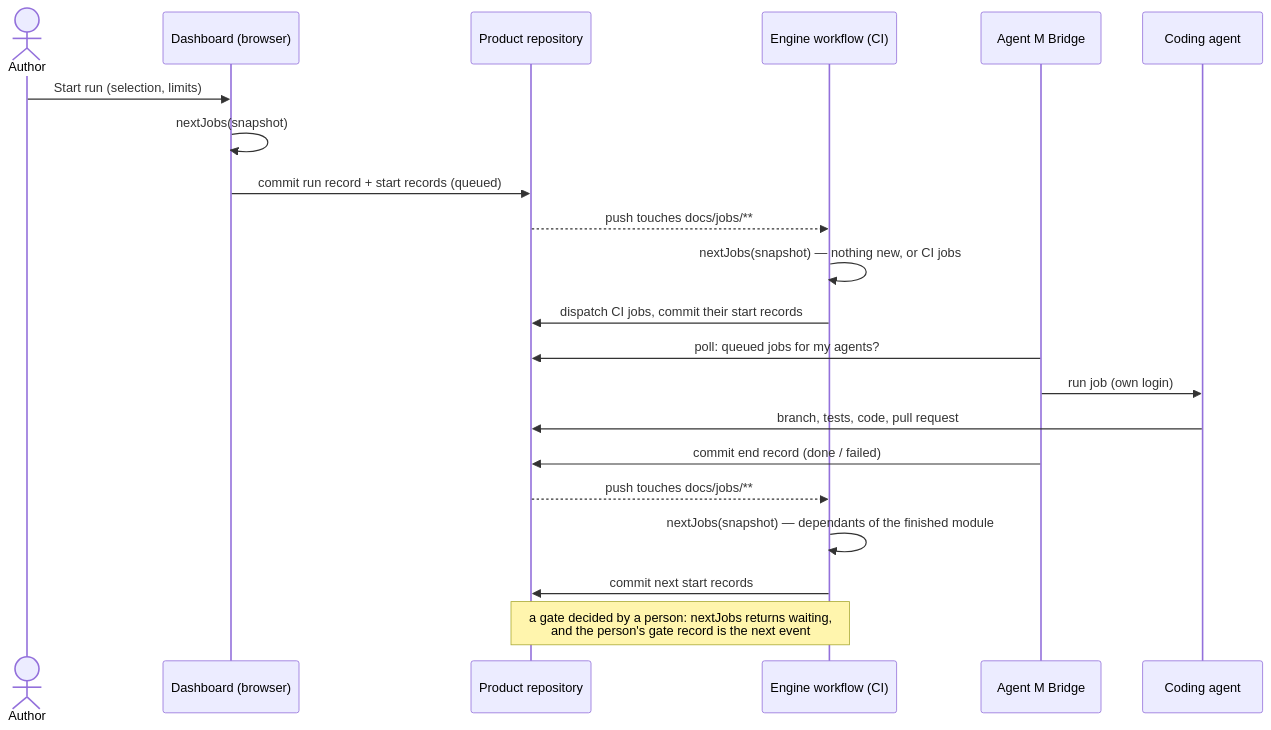
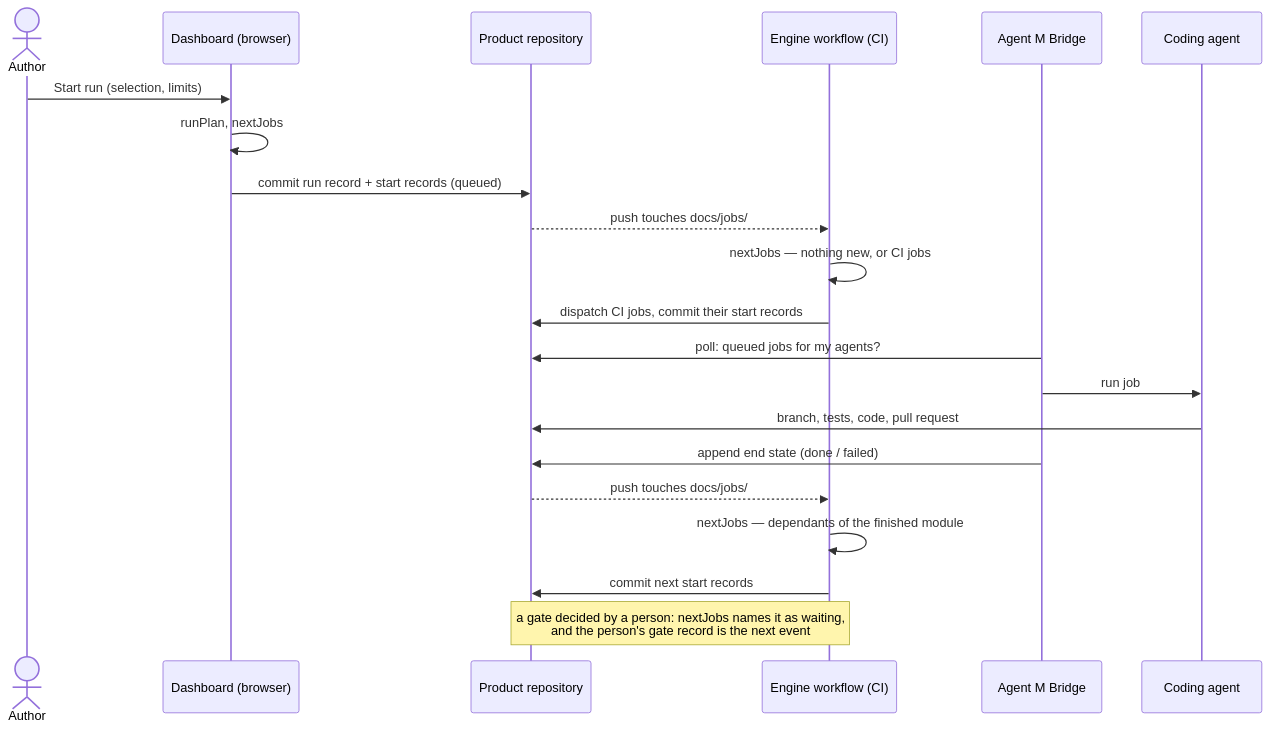
Before and after one commit to akmaier/agent-m: the diagram in docs/architecture/ARC-010-stateless-event-driven-run-engine.md, drawn with Mermaid. The commit also changed other lines of this file and 4 other files, not shown here.

First line of the commit message:
docs: ARC-010 the run engine, rewritten as blocks, open for review; MOD-run-engine's module file leaves

````diff
--- a/docs/architecture/ARC-010-stateless-event-driven-run-engine.md
+++ b/docs/architecture/ARC-010-stateless-event-driven-run-engine.md
@@ -95,23 +89,23 @@
 ```mermaid
 sequenceDiagram
     actor A as Author
     participant D as Dashboard (browser)
     participant R as Product repository
     participant W as Engine workflow (CI)
     participant B as Agent M Bridge
     participant C as Coding agent
     A->>D: Start run (selection, limits)
-    D->>D: nextJobs(snapshot)
+    D->>D: runPlan, nextJobs
     D->>R: commit run record + start records (queued)
-    R-->>W: push touches docs/jobs/**
-    W->>W: nextJobs(snapshot) — nothing new, or CI jobs
+    R-->>W: push touches docs/jobs/
+    W->>W: nextJobs — nothing new, or CI jobs
     W->>R: dispatch CI jobs, commit their start records
     B->>R: poll: queued jobs for my agents?
-    B->>C: run job (own login)
+    B->>C: run job
     C->>R: branch, tests, code, pull request
-    B->>R: commit end record (done / failed)
-    R-->>W: push touches docs/jobs/**
-    W->>W: nextJobs(snapshot) — dependants of the finished module
+    B->>R: append end state (done / failed)
+    R-->>W: push touches docs/jobs/
+    W->>W: nextJobs — dependants of the finished module
     W->>R: commit next start records
-    Note over W,R: a gate decided by a person: nextJobs returns waiting,<br/>and the person's gate record is the next event
+    Note over W,R: a gate decided by a person: nextJobs names it as waiting,<br/>and the person's gate record is the next event
 ```
````
